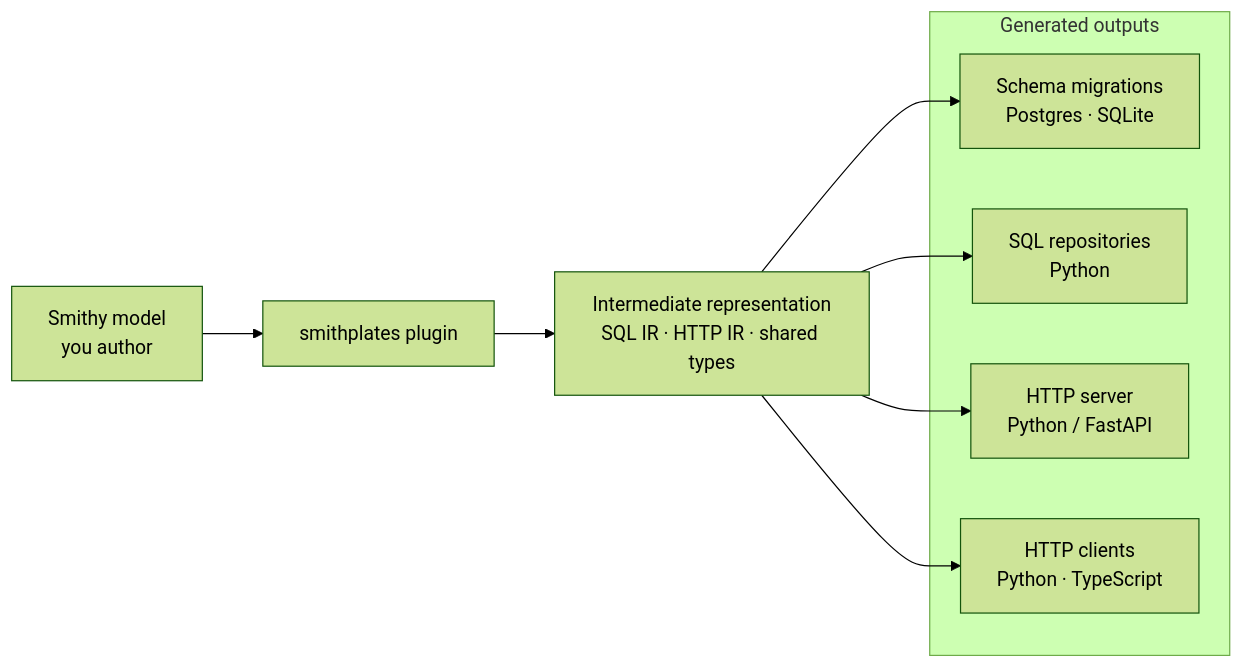
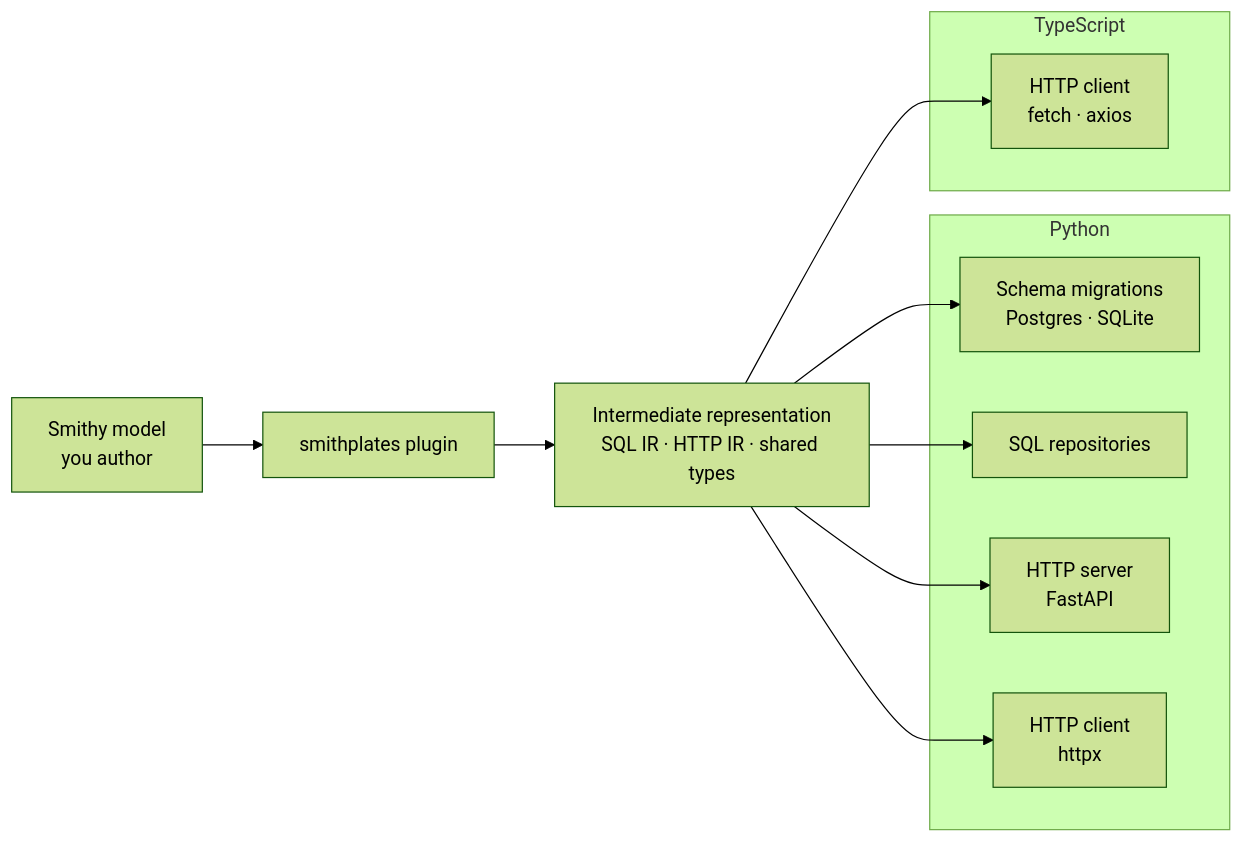
The diagram in README.md (Jacoby6000/Smithplates), drawn with Mermaid (forest theme) before and after one commit. The commit also changed 2 other files, not shown here.

Commit message:
Group architecture diagram outputs by language.
Give each generated artifact its own node under Python and TypeScript subgraphs.

````diff
--- a/README.md
+++ b/README.md
@@ -14,20 +14,25 @@
 ```mermaid
 %%{init: {"flowchart": {"curve": "basis"}}}%%
 flowchart LR
     Smithy["Smithy model<br/>you author"]
     Plugin["smithplates plugin"]
     IR["Intermediate representation<br/>SQL IR · HTTP IR · shared types"]
 
-    subgraph outputs["Generated outputs"]
-        Migrations["Schema migrations<br/>Postgres · SQLite"]
-        SqlSvc["SQL repositories<br/>Python"]
-        HttpServer["HTTP server<br/>Python / FastAPI"]
-        HttpClient["HTTP clients<br/>Python · TypeScript"]
+    subgraph python["Python"]
+        PyMigrations["Schema migrations<br/>Postgres · SQLite"]
+        PySql["SQL repositories"]
+        PyServer["HTTP server<br/>FastAPI"]
+        PyClient["HTTP client<br/>httpx"]
+    end
+
+    subgraph typescript["TypeScript"]
+        TsClient["HTTP client<br/>fetch · axios"]
     end
 
     Smithy --> Plugin --> IR
-    IR --> Migrations
-    IR --> SqlSvc
-    IR --> HttpServer
-    IR --> HttpClient
+    IR --> PyMigrations
+    IR --> PySql
+    IR --> PyServer
+    IR --> PyClient
+    IR --> TsClient
 ```
````
